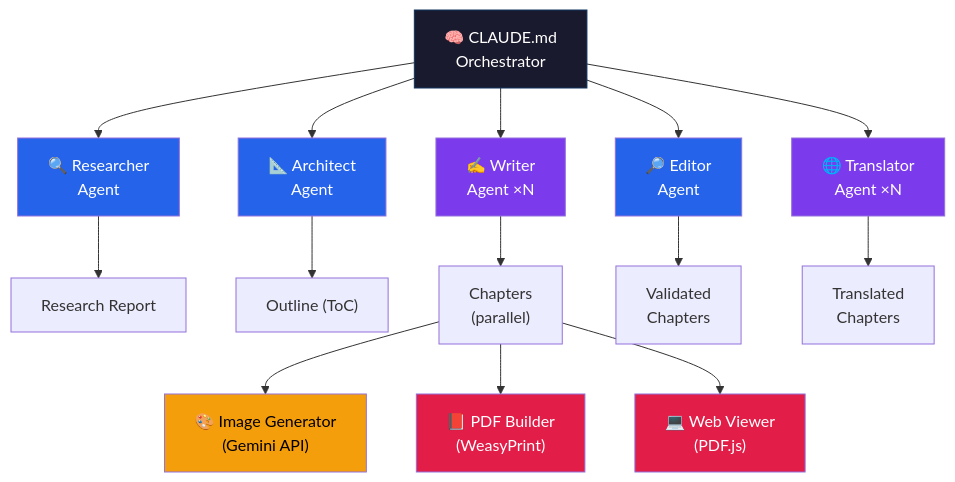
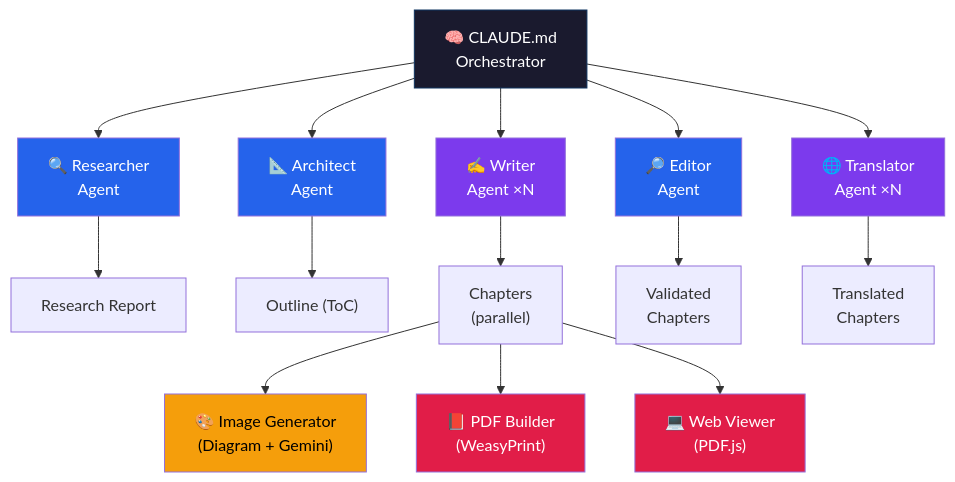
Before and after one commit to lowtidebuild/ebook-writer: the first of 2 diagrams in README.md, drawn with Mermaid. The commit also changed other lines of this file and 21 other files, not shown here.

````diff
--- a/README.md
+++ b/README.md
@@ -100,30 +100,30 @@
 ```mermaid
 graph TD
     O["🧠 CLAUDE.md<br/>Orchestrator"]
 
     O --> R["🔍 Researcher<br/>Agent"]
     O --> A["📐 Architect<br/>Agent"]
     O --> W["✍️ Writer<br/>Agent ×N"]
     O --> Ed["🔎 Editor<br/>Agent"]
     O --> Tr["🌐 Translator<br/>Agent ×N"]
 
     R --> RR["Research Report"]
     A --> ToC["Outline (ToC)"]
     W --> Ch["Chapters<br/>(parallel)"]
     Ed --> VC["Validated<br/>Chapters"]
     Tr --> TC["Translated<br/>Chapters"]
 
-    Ch --> IG["🎨 Image Generator<br/>(Gemini API)"]
+    Ch --> IG["🎨 Image Generator<br/>(Diagram + Gemini)"]
     Ch --> PB["📕 PDF Builder<br/>(WeasyPrint)"]
     Ch --> WV["💻 Web Viewer<br/>(PDF.js)"]
 
     style O fill:#1a1a2e,color:#fff,stroke:#0f3460
     style R fill:#2563eb,color:#fff
     style A fill:#2563eb,color:#fff
     style W fill:#7c3aed,color:#fff
     style Ed fill:#2563eb,color:#fff
     style Tr fill:#7c3aed,color:#fff
     style IG fill:#f59e0b,color:#000
     style PB fill:#e11d48,color:#fff
     style WV fill:#e11d48,color:#fff
 ```
````
